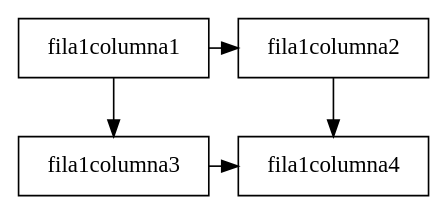
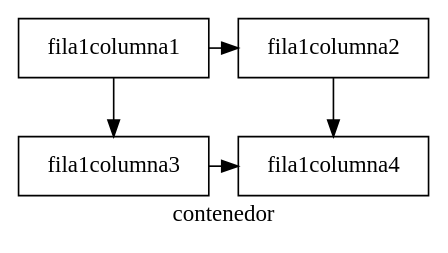
The diagram in pruebasGraficas.dot (diegomazariegos2002/IPC2_Proyecto1_202003975), drawn with Graphviz before and after one commit. The commit also changed 11 other files, not shown here.

Commit message:
se añadió la opción de graphviz solo falta pulir el proyecto

```diff
--- a/pruebasGraficas.dot
+++ b/pruebasGraficas.dot
@@ -1,26 +1,27 @@
 digraph G {
     splines="FALSE";
 
+    label = "contenedor"
     /* Entities */
     // shortName [label="shortName", shape="rect"]
     // shortName2 [label="cubito", shape="rect"]
     nodo1[label = "fila1columna1", shape="rect"]
     nodo2[label = "fila1columna2", shape="rect"]
     nodo3[label = "fila1columna3", shape="rect"]
     nodo4[label = "fila1columna4", shape="rect"]
 
     
     /* Relationships */
     // F1 -> shortName[label=".63"]
     // F1 -> shortName2[label=".hola"]
     // shortName2 -> shortName
     nodo1 -> nodo2
     nodo1 -> nodo3
     nodo2 -> nodo4
     nodo3 -> nodo4
 
     /* Ranks */
     // { rank=same; shortName; shortName2 };
     {rank=same; nodo1; nodo2}
     {rank=same; nodo3, nodo4}
 }
```
